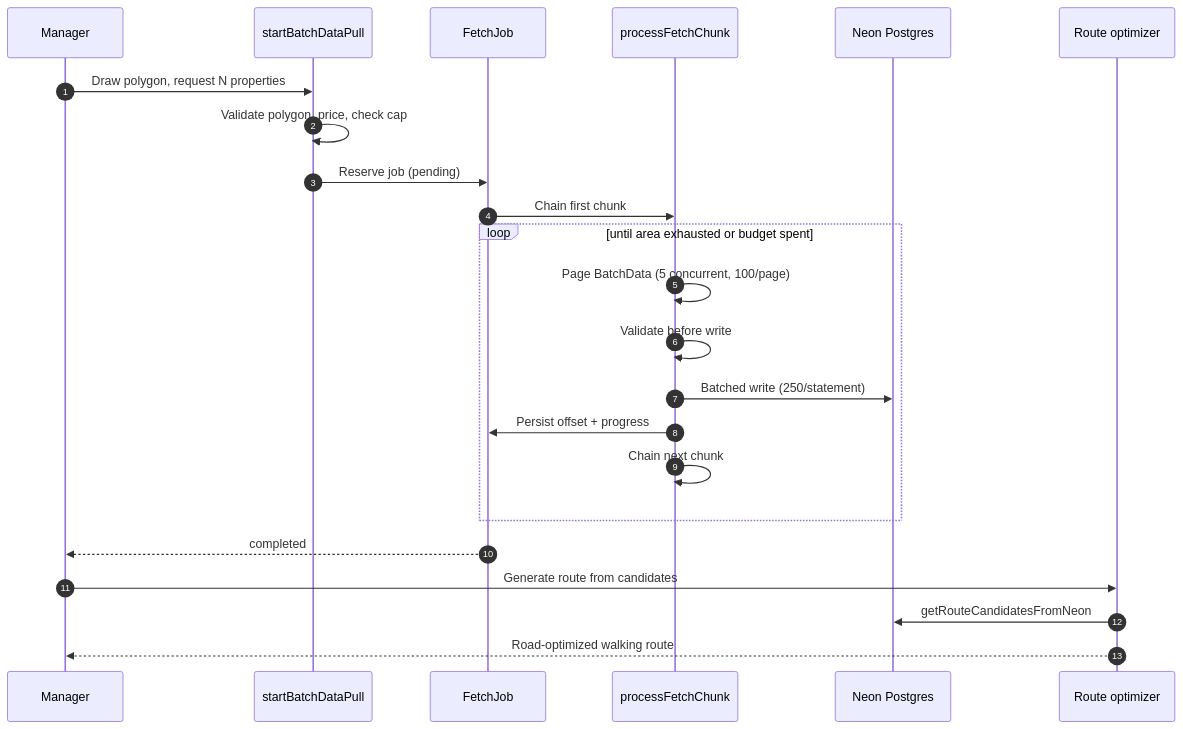
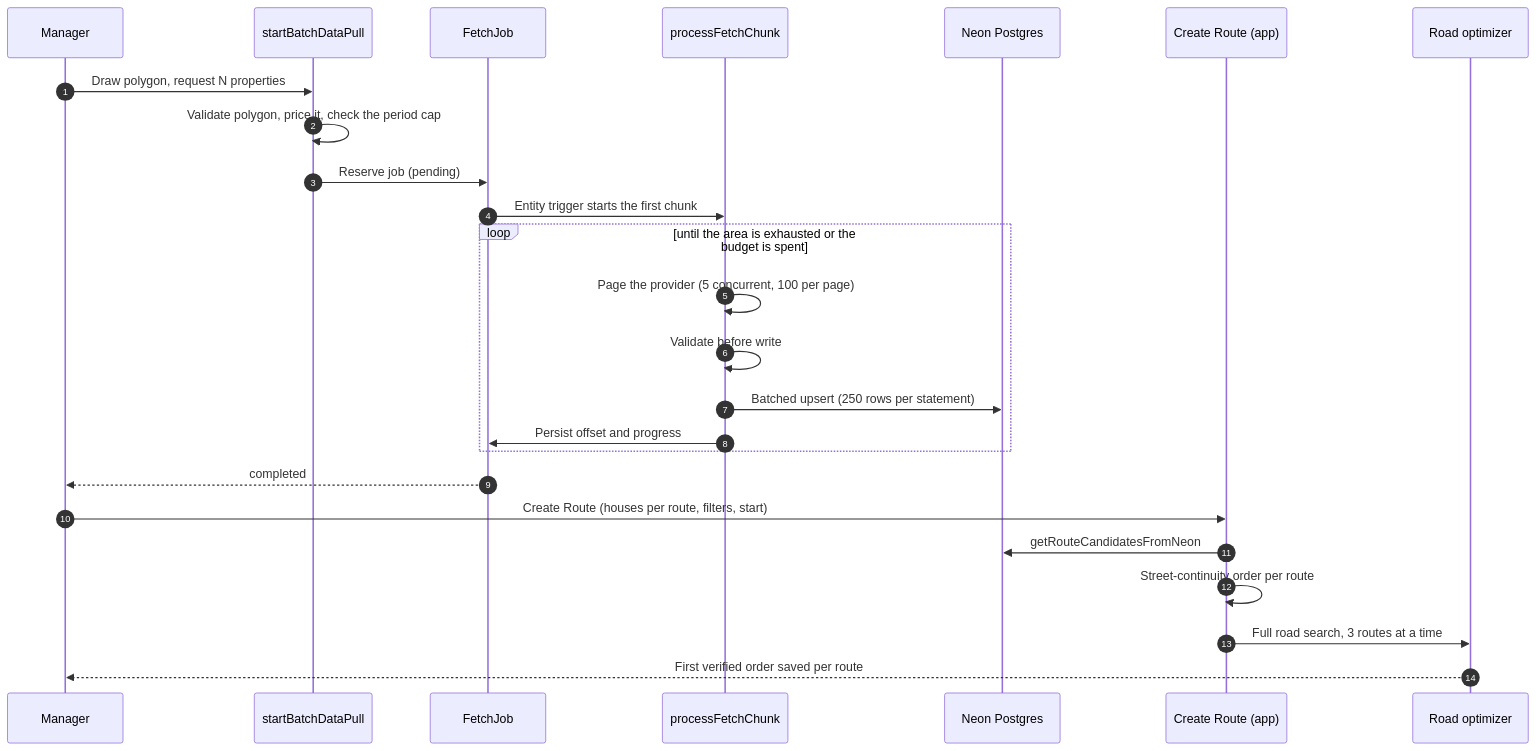
Before and after one commit to invisibleontheblockchain/firstknock-sales-os: the third of 6 diagrams in README.md, drawn with Mermaid. The commit also changed other lines of this file and 1 other file, not shown here.

First line of the commit message:
Rewrite the README around how FirstKnock works today

````diff
--- a/README.md
+++ b/README.md
@@ -108,26 +201,28 @@
 ```mermaid
 sequenceDiagram
     autonumber
     participant M as Manager
     participant S as startBatchDataPull
     participant J as FetchJob
     participant C as processFetchChunk
     participant N as Neon Postgres
-    participant R as Route optimizer
+    participant G as Create Route (app)
+    participant R as Road optimizer
 
     M->>S: Draw polygon, request N properties
-    S->>S: Validate polygon, price, check cap
+    S->>S: Validate polygon, price it, check the period cap
     S->>J: Reserve job (pending)
-    J->>C: Chain first chunk
-    loop until area exhausted or budget spent
-        C->>C: Page BatchData (5 concurrent, 100/page)
+    J->>C: Entity trigger starts the first chunk
+    loop until the area is exhausted or the budget is spent
+        C->>C: Page the provider (5 concurrent, 100 per page)
         C->>C: Validate before write
-        C->>N: Batched write (250/statement)
-        C->>J: Persist offset + progress
-        C->>C: Chain next chunk
+        C->>N: Batched upsert (250 rows per statement)
+        C->>J: Persist offset and progress
     end
     J-->>M: completed
-    M->>R: Generate route from candidates
-    R->>N: getRouteCandidatesFromNeon
-    R-->>M: Road-optimized walking route
+    M->>G: Create Route (houses per route, filters, start)
+    G->>N: getRouteCandidatesFromNeon
+    G->>G: Street-continuity order per route
+    G->>R: Full road search, 3 routes at a time
+    R-->>M: First verified order saved per route
 ```
````
